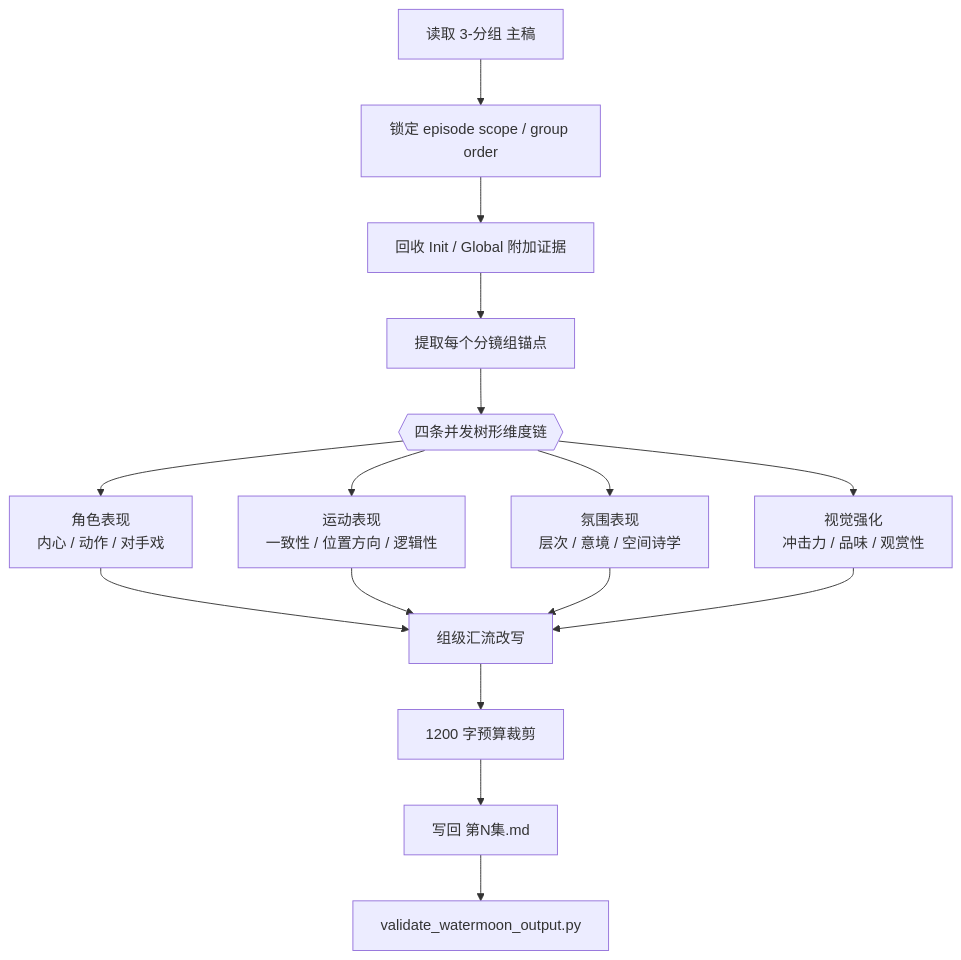
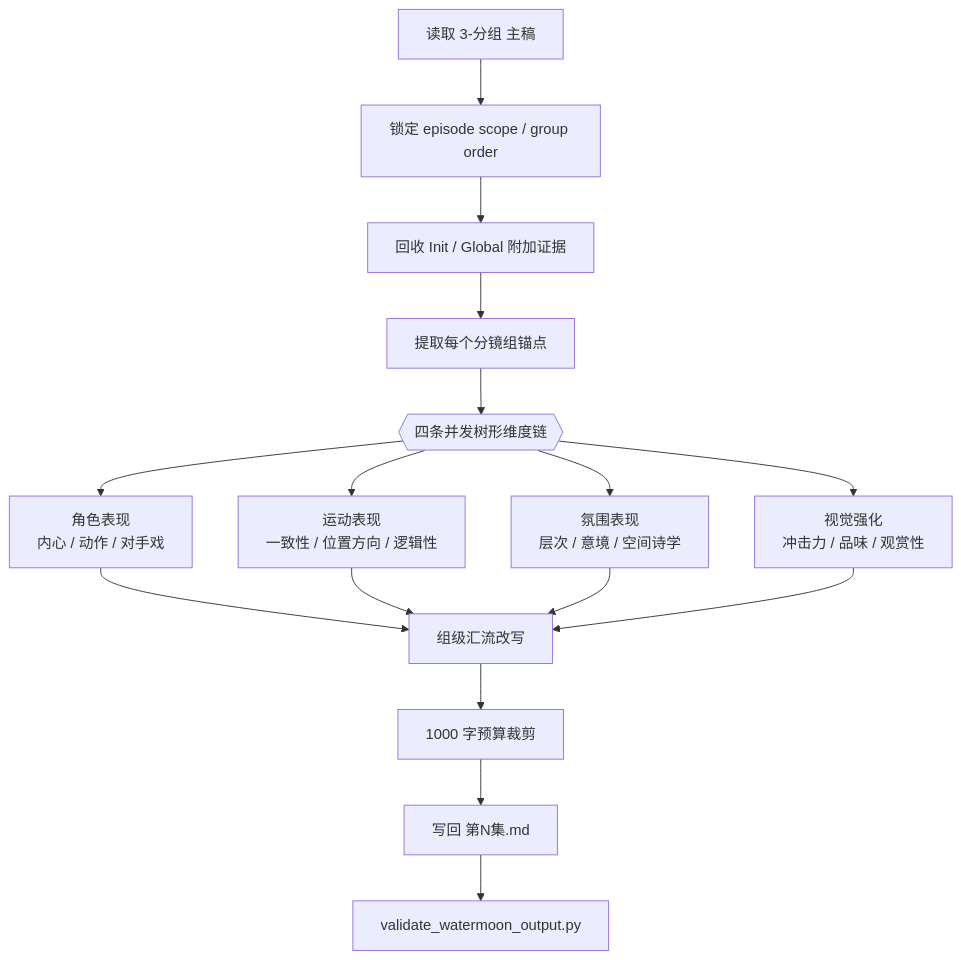
Before and after one commit to ZEN-VOID/AI-CUT: the first of 3 diagrams in .agents/skills/aigc/3-Detail/1-水月/SKILL.md, drawn with Mermaid. The commit also changed other lines of this file and 162 other files, not shown here.

````diff
--- a/.agents/skills/aigc/3-Detail/1-水月/SKILL.md
+++ b/.agents/skills/aigc/3-Detail/1-水月/SKILL.md
@@ -104,18 +104,18 @@
 ```mermaid
 flowchart TD
     A["读取 3-分组 主稿"] --> B["锁定 episode scope / group order"]
     B --> C["回收 Init / Global 附加证据"]
     C --> D["提取每个分镜组锚点"]
     D --> E{{"四条并发树形维度链"}}
     E --> E1["角色表现<br/>内心 / 动作 / 对手戏"]
     E --> E2["运动表现<br/>一致性 / 位置方向 / 逻辑性"]
     E --> E3["氛围表现<br/>层次 / 意境 / 空间诗学"]
     E --> E4["视觉强化<br/>冲击力 / 品味 / 观赏性"]
     E1 --> F["组级汇流改写"]
     E2 --> F
     E3 --> F
     E4 --> F
-    F --> G["1200 字预算裁剪"]
+    F --> G["1000 字预算裁剪"]
     G --> H["写回 第N集.md"]
     H --> I["validate_watermoon_output.py"]
 ```
````
